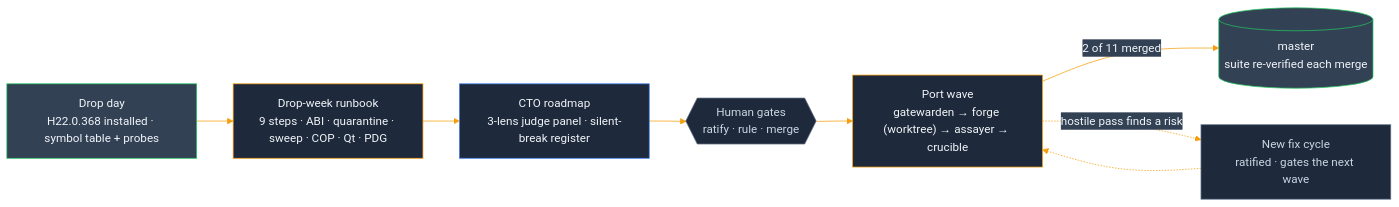
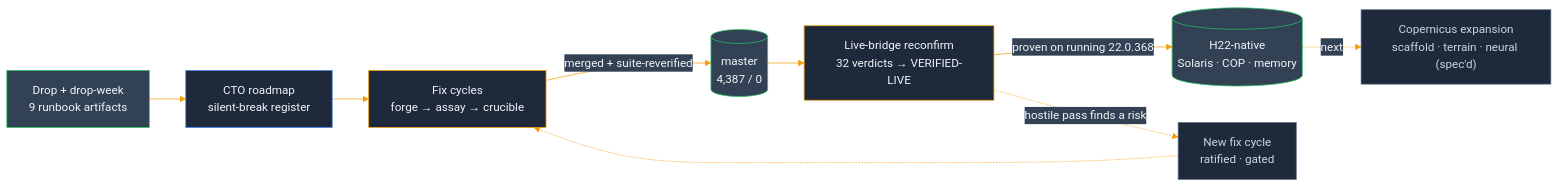
Before and after one commit to JosephOIbrahim/Synapse: the second of 6 diagrams in README.md, drawn with Mermaid. The commit also changed other lines of this file and 5 other files, not shown here.

First line of the commit message:
release: v5.26.0 — H22 live-verified

````diff
--- a/README.md
+++ b/README.md
@@ -113,15 +112,16 @@
 ```mermaid
 %%{init: {'theme':'base', 'themeVariables': {'primaryColor':'#1e293b','primaryTextColor':'#f1f5f9','primaryBorderColor':'#0f172a','lineColor':'#f59e0b','secondaryColor':'#334155','tertiaryColor':'#475569'}}}%%
 flowchart LR
-    DROP["Drop day<br/>H22.0.368 installed · symbol table + probes"]:::hou --> RUN["Drop-week runbook<br/>9 steps · ABI · quarantine · sweep · COP · Qt · PDG"]:::bridge
-    RUN --> MAP["CTO roadmap<br/>3-lens judge panel · silent-break register"]:::panel
-    MAP --> GATE{{"Human gates<br/>ratify · rule · merge"}}:::side
-    GATE --> WAVE["Port wave<br/>gatewarden → forge (worktree) → assayer → crucible"]:::bridge
-    WAVE -->|"2 of 11 merged"| MERGED[("master<br/>suite re-verified each merge")]:::hou
-    WAVE -.hostile pass finds a risk.-> FIX["New fix cycle<br/>ratified · gates the next wave"]:::side
-    FIX -.-> WAVE
+    DROP["Drop + drop-week<br/>9 runbook artifacts"]:::hou --> ROADMAP["CTO roadmap<br/>silent-break register"]:::panel
+    ROADMAP --> FIX["Fix cycles<br/>forge → assay → crucible"]:::bridge
+    FIX -->|"merged + suite-reverified"| MERGED[("master<br/>4,387 / 0")]:::hou
+    MERGED --> LIVE["Live-bridge reconfirm<br/>32 verdicts → VERIFIED-LIVE"]:::bridge
+    LIVE -->|"proven on running 22.0.368"| DEMO[("H22-native<br/>Solaris · COP · memory")]:::hou
+    LIVE -.hostile pass finds a risk.-> NEXT["New fix cycle<br/>ratified · gated"]:::side
+    NEXT -.-> FIX
+    DEMO -.next.-> EXPAND["Copernicus expansion<br/>scaffold · terrain · neural (spec'd)"]:::side
     classDef panel fill:#1e293b,stroke:#3b82f6,color:#f1f5f9
     classDef bridge fill:#1e293b,stroke:#f59e0b,color:#f1f5f9
     classDef hou fill:#334155,stroke:#22c55e,color:#f1f5f9
     classDef side fill:#1e293b,stroke:#64748b,color:#cbd5e1
 ```
````
